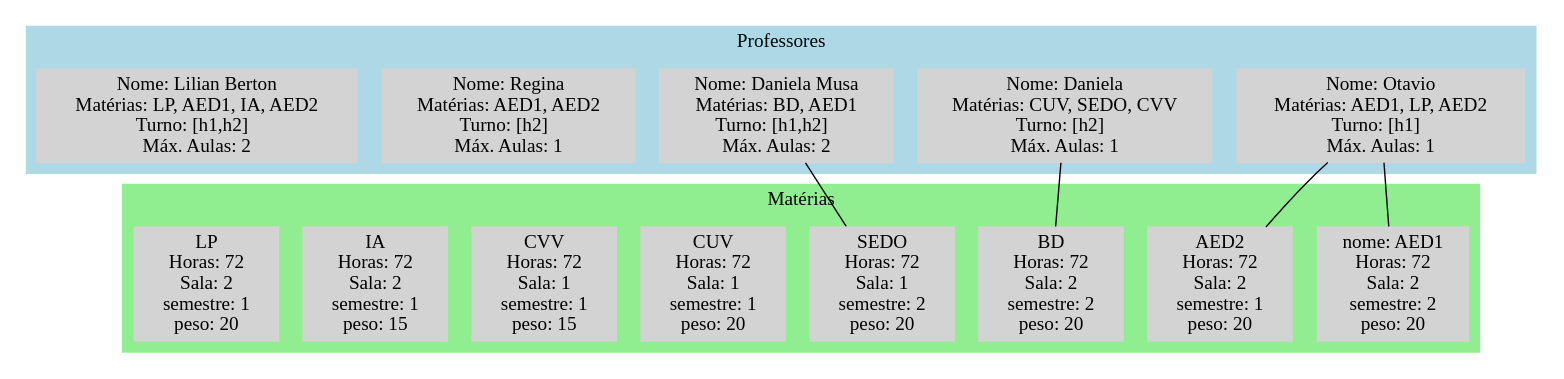
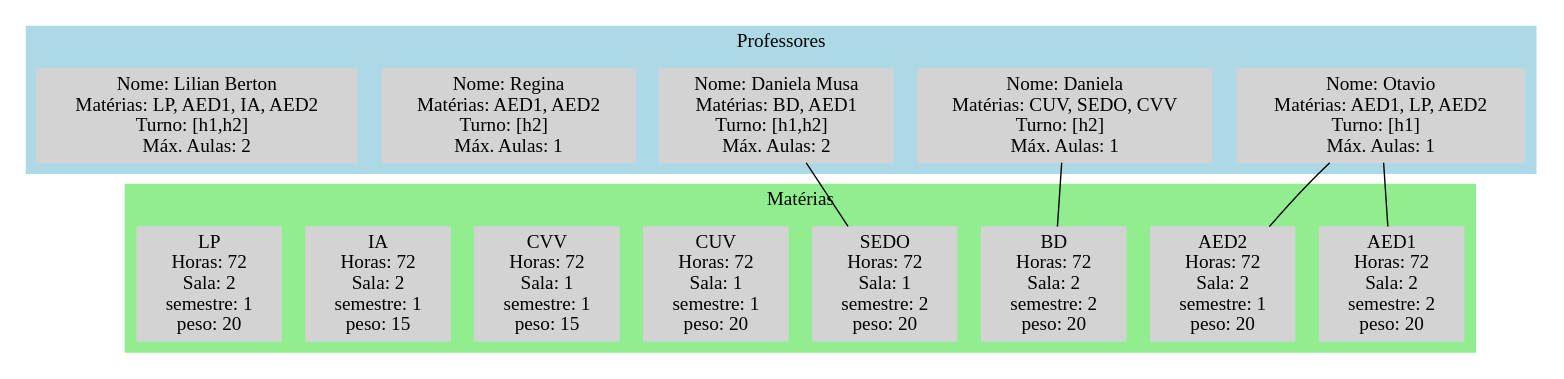
The diagram in grafo.dot (Th0m4sma/Trabalho_Final_TG), drawn with Graphviz before and after one commit. The commit also changed 6 other files, not shown here.

```diff
--- a/grafo.dot
+++ b/grafo.dot
@@ -1,39 +1,65 @@
 graph G {
   //Estilo padrão dos nós(para imprimir)
   node [shape=box, style=filled, color=lightgray];
+
+
+
+
+
 
   // Subgrafo de Professores
   subgraph cluster_professores {
     label = "Professores";
     style = filled;
     color = lightblue;
 
     P1 [label= "Nome: Otavio \nMatérias: AED1, LP, AED2 \nTurno: [h1]  \nMáx. Aulas: 1"];
     P2 [label= "Nome: Daniela \nMatérias: CUV, SEDO, CVV \nTurno: [h2]  \nMáx. Aulas: 1"];
     P3 [label= "Nome: Daniela Musa \nMatérias: BD, AED1 \nTurno: [h1,h2]  \nMáx. Aulas: 2"];
     P4 [label= "Nome: Regina \nMatérias: AED1, AED2 \nTurno: [h2]  \nMáx. Aulas: 1"];
     P5 [label= "Nome: Lilian Berton \nMatérias: LP, AED1, IA, AED2 \nTurno: [h1,h2]  \nMáx. Aulas: 2"];
   }
 
+
+
+
+
+
+
+
+
+
+
   //Subgrafo de Matérias
   subgraph cluster_materias {
     label = "Matérias";
     style = filled;
     color = lightgreen;
 
-    M1 [label="nome: AED1 \nHoras: 72 \nSala: 2 \nsemestre: 2 \npeso: 20"];
+    M1 [label="AED1 \nHoras: 72 \nSala: 2 \nsemestre: 2 \npeso: 20"];
     M2 [label="AED2 \nHoras: 72 \nSala: 2 \nsemestre: 1 \npeso: 20"];
     M3 [label="BD \nHoras: 72 \nSala: 2 \nsemestre: 2 \npeso: 20"];
     M4 [label="SEDO \nHoras: 72 \nSala: 1 \nsemestre: 2 \npeso: 20"];
     M5 [label="CUV \nHoras: 72 \nSala: 1 \nsemestre: 1 \npeso: 20"];
     M6 [label="CVV \nHoras: 72 \nSala: 1 \nsemestre: 1 \npeso: 15"];
     M7 [label="IA \nHoras: 72 \nSala: 2 \nsemestre: 1 \npeso: 15"];
     M8 [label="LP \nHoras: 72 \nSala: 2 \nsemestre: 1 \npeso: 20"];
   }
 
+
+
+
+
+
+
+
+
+
+
+
   //Ligações entre professores e matérias
   P1 -- M1;
   P1 -- M2;
   P2 -- M3;
   P3 -- M4;
 }
```
